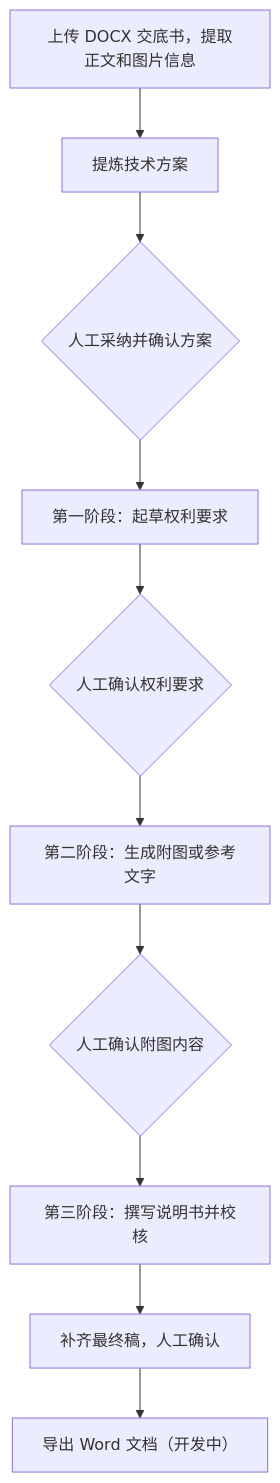
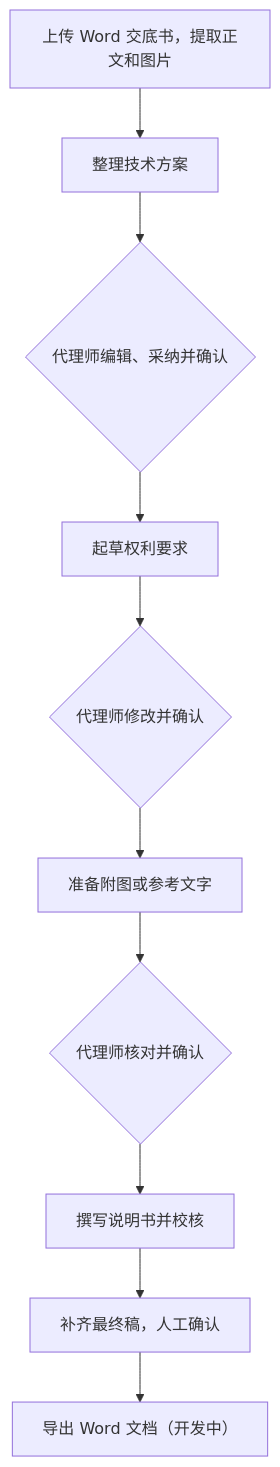
The diagram in README.md (orphanwarrior/028-ttc-showcase), drawn with Mermaid before and after one commit. The commit also changed other lines of this file and 7 other files, not shown here.

````diff
--- a/README.md
+++ b/README.md
@@ -33,12 +27,12 @@
 ```mermaid
 flowchart TD
-    A["上传 DOCX 交底书，提取正文和图片信息"] --> B["提炼技术方案"]
-    B --> C{"人工采纳并确认方案"}
-    C --> D["第一阶段：起草权利要求"]
-    D --> E{"人工确认权利要求"}
-    E --> F["第二阶段：生成附图或参考文字"]
-    F --> G{"人工确认附图内容"}
-    G --> H["第三阶段：撰写说明书并校核"]
-    H --> I["补齐最终稿，人工确认"]
-    I --> J["导出 Word 文档（开发中）"]
+  A["上传 Word 交底书，提取正文和图片"] --> B["整理技术方案"]
+  B --> C{"代理师编辑、采纳并确认"}
+  C --> D["起草权利要求"]
+  D --> E{"代理师修改并确认"}
+  E --> F["准备附图或参考文字"]
+  F --> G{"代理师核对并确认"}
+  G --> H["撰写说明书并校核"]
+  H --> I["补齐最终稿，人工确认"]
+  I --> J["导出 Word 文档（开发中）"]
 ```
````
